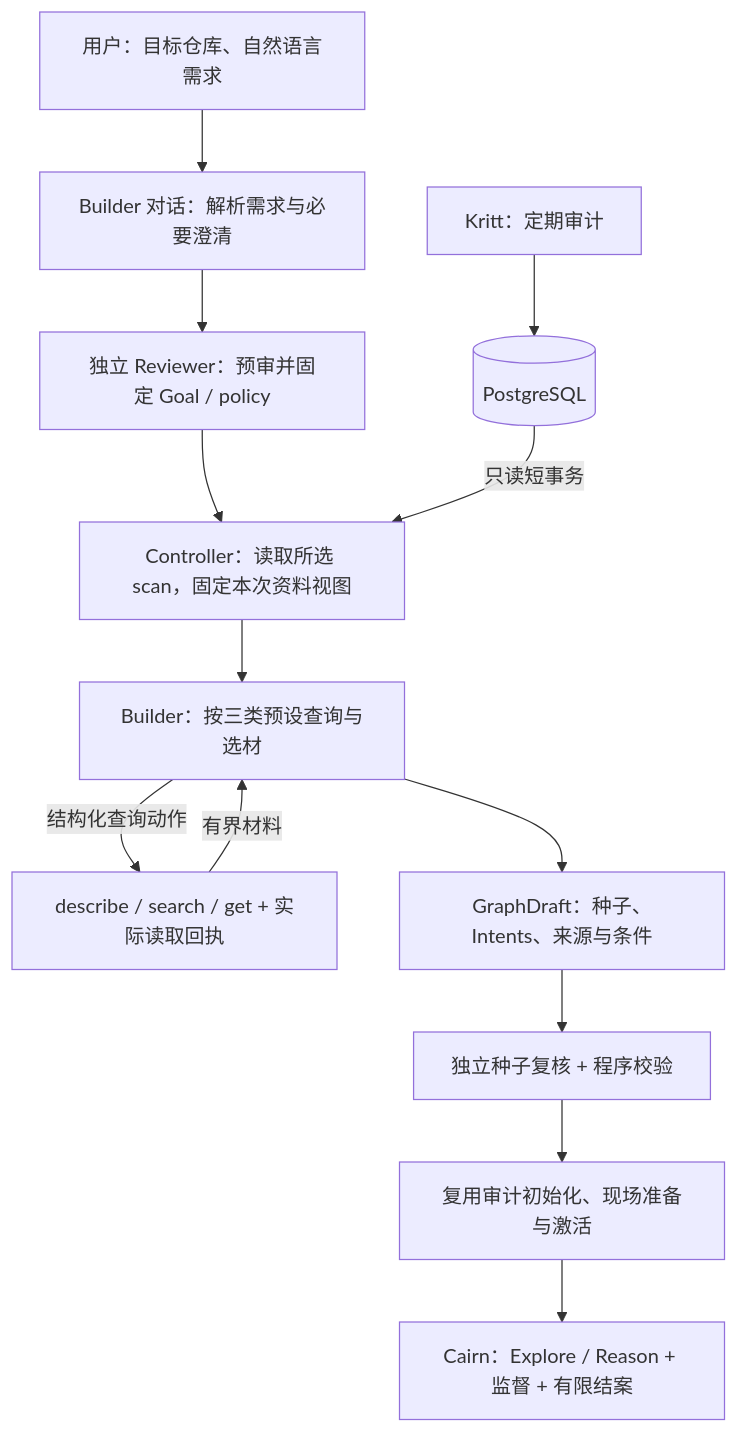
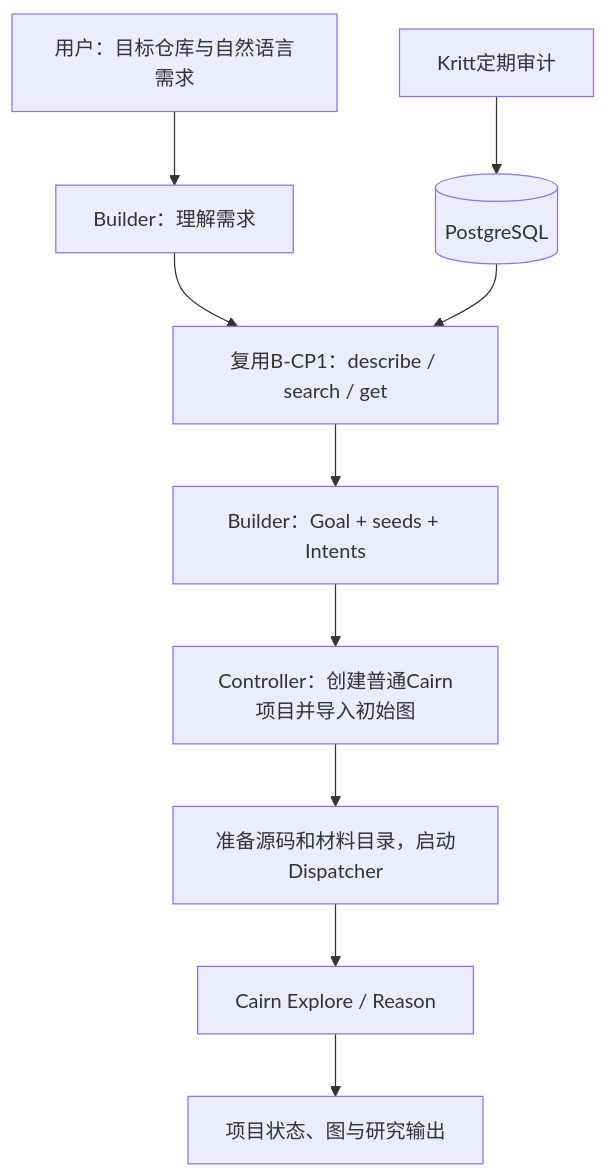
One commit to Opr4Mp3r/Cairn changed the diagram in docs/specs/kritt-builder-mvp.md. Above: the diagram before and after it, drawn with Mermaid. The commit also changed other lines of this file and 12 other files, not shown here.

First line of the commit message:
feat: generate a Kritt research plan from a natural-language goal

````diff
--- a/docs/specs/kritt-builder-mvp.md
+++ b/docs/specs/kritt-builder-mvp.md
@@ -33,15 +17,12 @@
 ```mermaid
 flowchart TB
-    U["用户：目标仓库、自然语言需求"] --> B["Builder 对话：解析需求与必要澄清"]
-    B --> G["独立 Reviewer：预审并固定 Goal / policy"]
-    K["Kritt：定期审计"] --> DB[("PostgreSQL")]
-    G --> V["Controller：读取所选 scan，固定本次资料视图"]
-    DB -->|只读短事务| V
-    V --> Q["Builder：按三类预设查询与选材"]
-    Q -->|结构化查询动作| T["describe / search / get + 实际读取回执"]
-    T -->|有界材料| Q
-    Q --> D["GraphDraft：种子、Intents、来源与条件"]
-    D --> R["独立种子复核 + 程序校验"]
-    R --> A["复用审计初始化、现场准备与激活"]
-    A --> C["Cairn：Explore / Reason + 监督 + 有限结案"]
+    K["Kritt定期审计"] --> DB[("PostgreSQL")]
+    U["用户：目标仓库与自然语言需求"] --> B["Builder：理解需求"]
+    B --> Q["复用B-CP1：describe / search / get"]
+    DB --> Q
+    Q --> G["Builder：Goal + seeds + Intents"]
+    G --> P["Controller：创建普通Cairn项目并导入初始图"]
+    P --> W["准备源码和材料目录，启动Dispatcher"]
+    W --> R["Cairn Explore / Reason"]
+    R --> O["项目状态、图与研究输出"]
 ```
````
